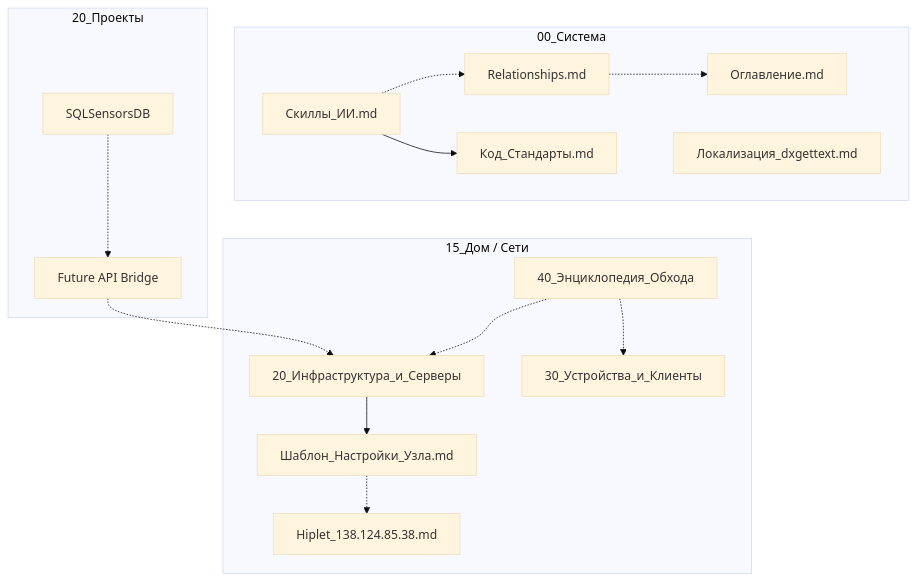
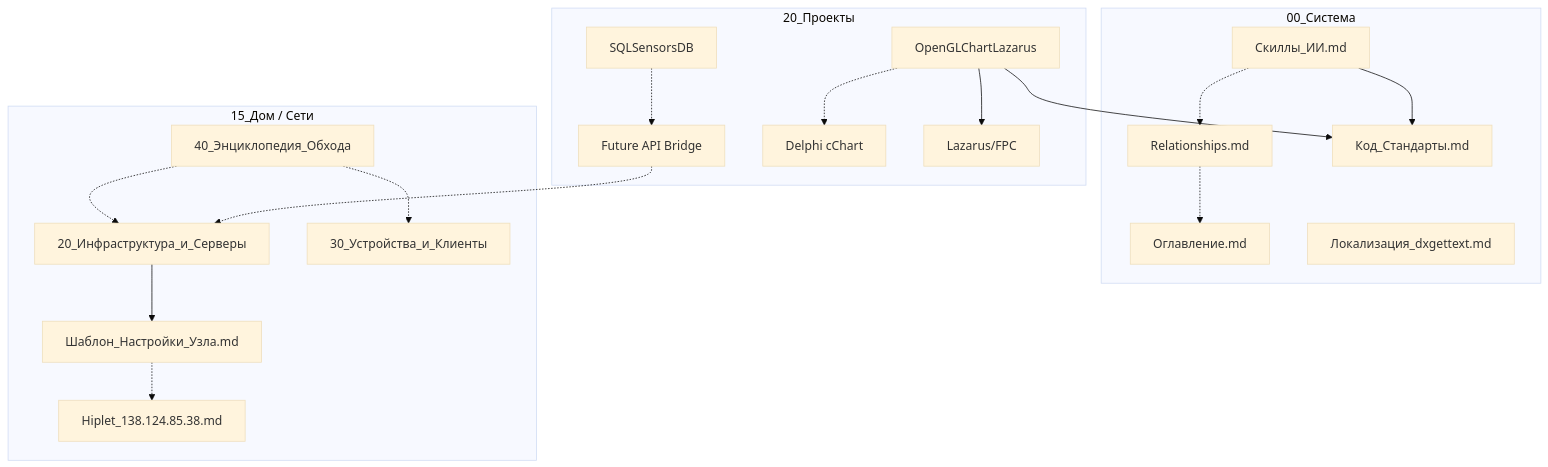
Before and after one commit to Oburec1985/AGrav: the diagram in 00_Система/Relationships.md, drawn with Mermaid (base theme). The commit also changed other lines of this file and 59 other files, not shown here.

````diff
--- a/00_Система/Relationships.md
+++ b/00_Система/Relationships.md
@@ -12,37 +12,43 @@
 ```mermaid
 graph TD
     subgraph "00_Система"
         MainIndex["Оглавление.md"]
         Skills["Скиллы_ИИ.md"]
         RelMap["Relationships.md"]
         CodeStd["Код_Стандарты.md"]
         LocTool["Локализация_dxgettext.md"]
     end
 
     subgraph "15_Дом / Сети"
         Infrastructure["20_Инфраструктура_и_Серверы"]
         Devices["30_Устройства_и_Клиенты"]
         NodeTemp["Шаблон_Настройки_Узла.md"]
         Hiplet["Hiplet_138.124.85.38.md"]
         BypassWiki["40_Энциклопедия_Обхода"]
     end
 
     subgraph "20_Проекты"
         SQLSensors["SQLSensorsDB"]
         Bridge["Future API Bridge"]
+        OglChart["OpenGLChartLazarus"]
+        LegacyCChart["Delphi cChart"]
+        LazarusFPC["Lazarus/FPC"]
     end
 
     %% Связи
     RelMap -.-> MainIndex
     Skills -.-> RelMap
     Skills --> CodeStd
     
     Infrastructure --> NodeTemp
     NodeTemp -.-> Hiplet
     
     SQLSensors -.-> Bridge
     Bridge -.-> Infrastructure
+    OglChart -.-> LegacyCChart
+    OglChart --> LazarusFPC
+    OglChart --> CodeStd
     
     BypassWiki -.-> Devices
     BypassWiki -.-> Infrastructure
 ```
````
